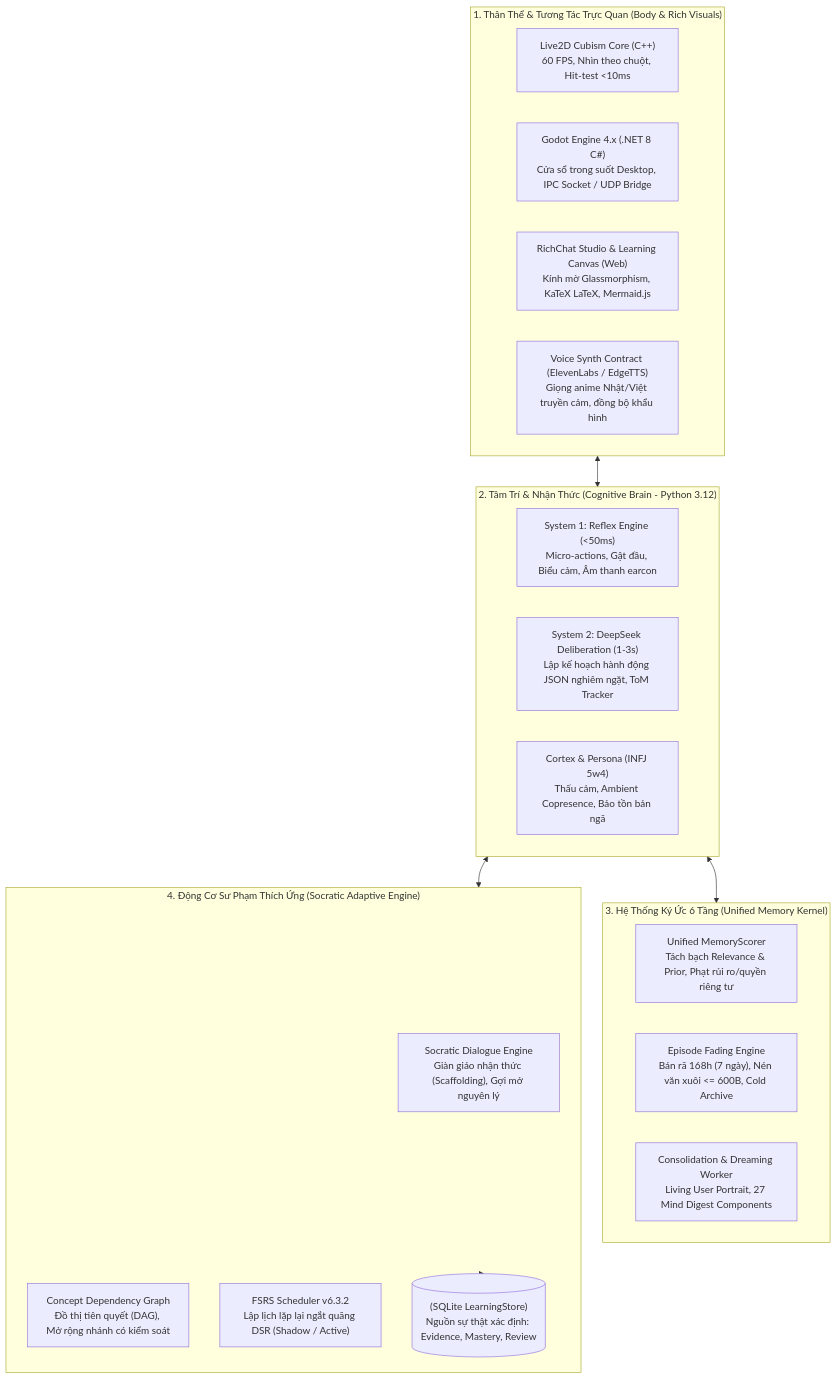
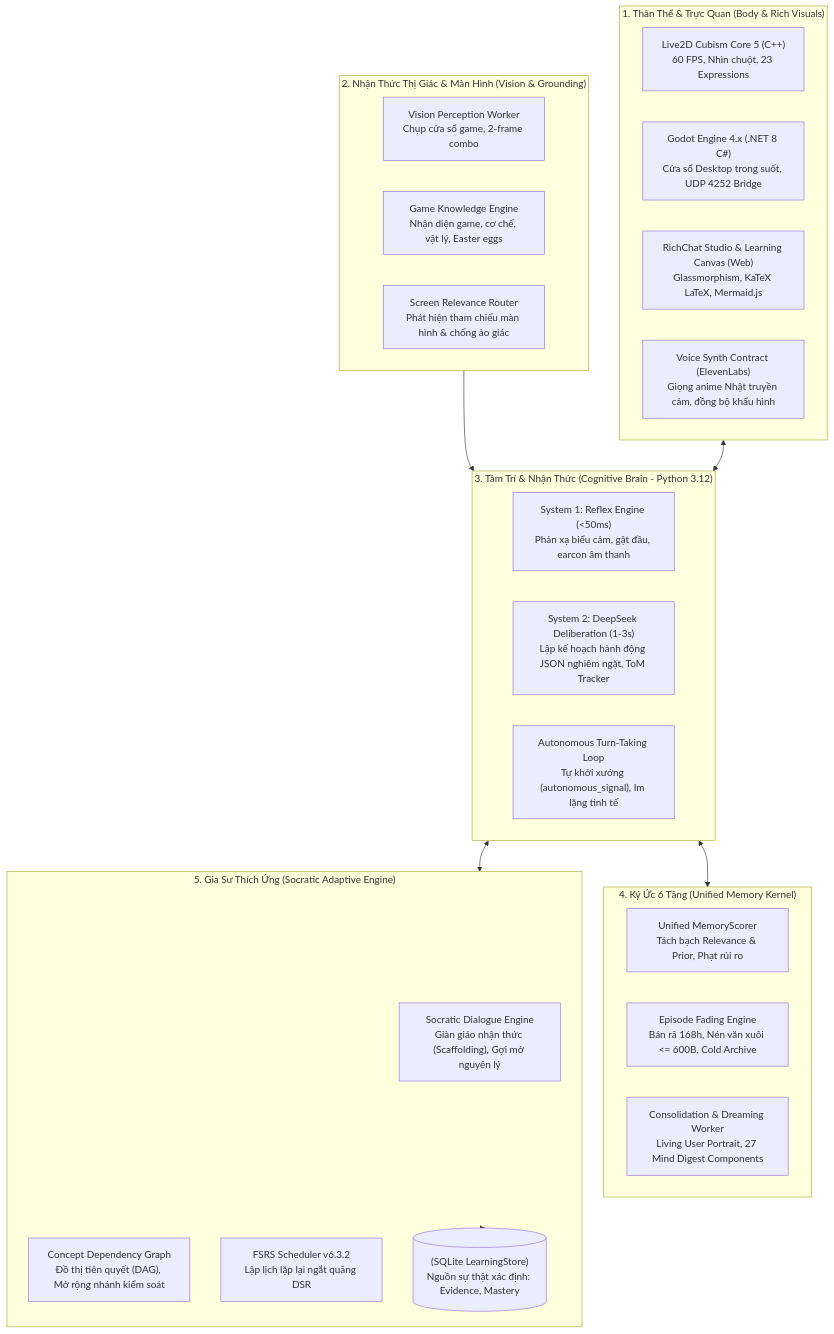
The second of 2 diagrams in README.md (Gtvkun-ai/eris), drawn with Mermaid before and after one commit. The commit also changed other lines of this file and 24 other files, not shown here.

Commit message:
feat: add autonomous appetite system and vision grounding runtime for conversational agent

````diff
--- a/README.md
+++ b/README.md
@@ -41,33 +90,40 @@
 ```mermaid
 graph TD
-    subgraph BodyLayer ["1. Thân Thể & Tương Tác Trực Quan (Body & Rich Visuals)"]
-        Live2D["Live2D Cubism Core (C++)<br/>60 FPS, Nhìn theo chuột, Hit-test <10ms"]
-        GodotBridge["Godot Engine 4.x (.NET 8 C#)<br/>Cửa sổ trong suốt Desktop, IPC Socket / UDP Bridge"]
-        RichStudio["RichChat Studio & Learning Canvas (Web)<br/>Kính mờ Glassmorphism, KaTeX LaTeX, Mermaid.js"]
-        VoiceSynth["Voice Synth Contract (ElevenLabs / EdgeTTS)<br/>Giọng anime Nhật/Việt truyền cảm, đồng bộ khẩu hình"]
+    subgraph BodyLayer ["1. Thân Thể & Trực Quan (Body & Rich Visuals)"]
+        Live2D["Live2D Cubism Core 5 (C++)<br/>60 FPS, Nhìn chuột, 23 Expressions"]
+        GodotBridge["Godot Engine 4.x (.NET 8 C#)<br/>Cửa sổ Desktop trong suốt, UDP 4252 Bridge"]
+        RichStudio["RichChat Studio & Learning Canvas (Web)<br/>Glassmorphism, KaTeX LaTeX, Mermaid.js"]
+        VoiceSynth["Voice Synth Contract (ElevenLabs)<br/>Giọng anime Nhật truyền cảm, đồng bộ khẩu hình"]
     end
 
-    subgraph MindLayer ["2. Tâm Trí & Nhận Thức (Cognitive Brain - Python 3.12)"]
-        System1["System 1: Reflex Engine (<50ms)<br/>Micro-actions, Gật đầu, Biểu cảm, Âm thanh earcon"]
-        System2["System 2: DeepSeek Deliberation (1-3s)<br/>Lập kế hoạch hành động JSON nghiêm ngặt, ToM Tracker"]
-        Cortex["Cortex & Persona (INFJ 5w4)<br/>Thấu cảm, Ambient Copresence, Bảo tồn bản ngã"]
+    subgraph PerceptionLayer ["2. Nhận Thức Thị Giác & Màn Hình (Vision & Grounding)"]
+        ScreenWorker["Vision Perception Worker<br/>Chụp cửa sổ game, 2-frame combo"]
+        GameEngine["Game Knowledge Engine<br/>Nhận diện game, cơ chế, vật lý, Easter eggs"]
+        RelevanceRouter["Screen Relevance Router<br/>Phát hiện tham chiếu màn hình & chống ảo giác"]
     end
 
-    subgraph MemoryLayer ["3. Hệ Thống Ký Ức 6 Tầng (Unified Memory Kernel)"]
-        MemScorer["Unified MemoryScorer<br/>Tách bạch Relevance & Prior, Phạt rủi ro/quyền riêng tư"]
-        MemFading["Episode Fading Engine<br/>Bán rã 168h (7 ngày), Nén văn xuôi <= 600B, Cold Archive"]
+    subgraph MindLayer ["3. Tâm Trí & Nhận Thức (Cognitive Brain - Python 3.12)"]
+        System1["System 1: Reflex Engine (<50ms)<br/>Phản xạ biểu cảm, gật đầu, earcon âm thanh"]
+        System2["System 2: DeepSeek Deliberation (1-3s)<br/>Lập kế hoạch hành động JSON nghiêm ngặt, ToM Tracker"]
+        AutoLoop["Autonomous Turn-Taking Loop<br/>Tự khởi xướng (autonomous_signal), Im lặng tinh tế"]
+    end
+
+    subgraph MemoryLayer ["4. Ký Ức 6 Tầng (Unified Memory Kernel)"]
+        MemScorer["Unified MemoryScorer<br/>Tách bạch Relevance & Prior, Phạt rủi ro"]
+        MemFading["Episode Fading Engine<br/>Bán rã 168h, Nén văn xuôi <= 600B, Cold Archive"]
         MemConsolidation["Consolidation & Dreaming Worker<br/>Living User Portrait, 27 Mind Digest Components"]
     end
 
-    subgraph TutorLayer ["4. Động Cơ Sư Phạm Thích Ứng (Socratic Adaptive Engine)"]
+    subgraph TutorLayer ["5. Gia Sư Thích Ứng (Socratic Adaptive Engine)"]
         SocraticEng["Socratic Dialogue Engine<br/>Giàn giáo nhận thức (Scaffolding), Gợi mở nguyên lý"]
-        ConceptDAG["Concept Dependency Graph<br/>Đồ thị tiên quyết (DAG), Mở rộng nhánh có kiểm soát"]
-        FSRS["FSRS Scheduler v6.3.2<br/>Lập lịch lặp lại ngắt quãng DSR (Shadow / Active)"]
-        LearningStore[("(SQLite LearningStore)<br/>Nguồn sự thật xác định: Evidence, Mastery, Review")]
+        ConceptDAG["Concept Dependency Graph<br/>Đồ thị tiên quyết (DAG), Mở rộng nhánh kiểm soát"]
+        FSRS["FSRS Scheduler v6.3.2<br/>Lập lịch lặp lại ngắt quãng DSR"]
+        LearningStore[("(SQLite LearningStore)<br/>Nguồn sự thật xác định: Evidence, Mastery")]
     end
 
+    PerceptionLayer --> MindLayer
     BodyLayer <--> MindLayer
     MindLayer <--> MemoryLayer
     MindLayer <--> TutorLayer
     TutorLayer --> LearningStore
 ```
````
